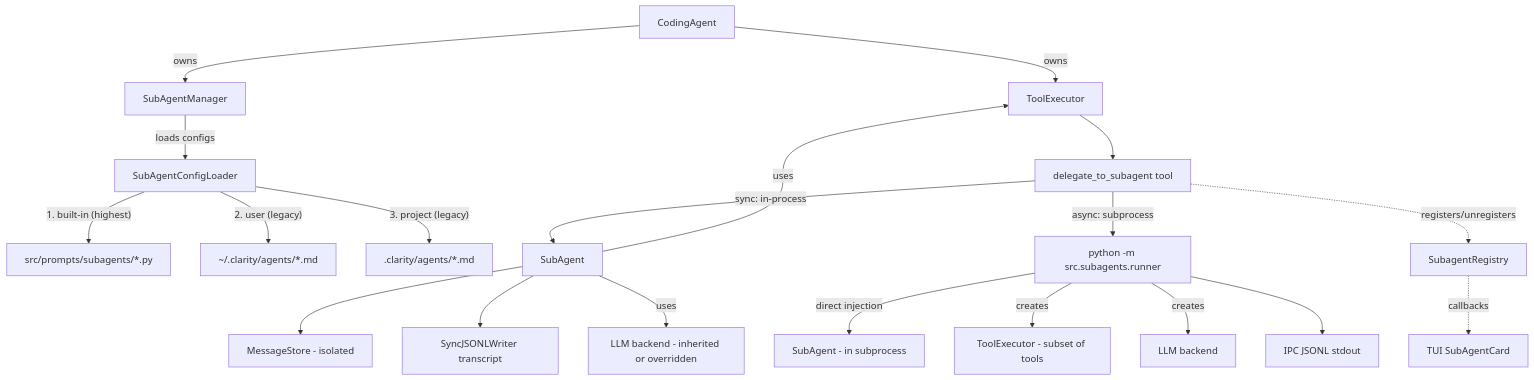
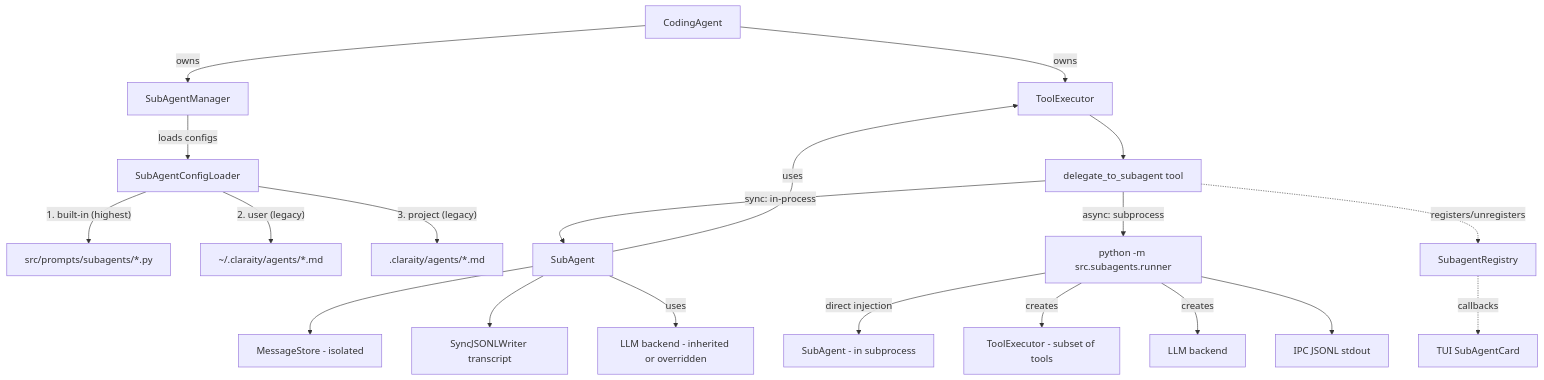
The first of 3 diagrams in docs/architecture/subagent-architecture.md (vijayjayanandan/claraity-code), drawn with Mermaid before and after one commit. The commit also changed other lines of this file and 185 other files, not shown here.

First line of the commit message:
Rename .clarity to .claraity across entire codebase

````diff
--- a/docs/architecture/subagent-architecture.md
+++ b/docs/architecture/subagent-architecture.md
@@ -64,27 +64,27 @@
 ```mermaid
 flowchart TB
   A[CodingAgent] -->|owns| TE[ToolExecutor]
   A -->|owns| SAM[SubAgentManager]
 
   SAM -->|loads configs| CFG[SubAgentConfigLoader]
   CFG -->|"1. built-in (highest)"| BUILTIN[src/prompts/subagents/*.py]
-  CFG -->|"2. user (legacy)"| USER[~/.clarity/agents/*.md]
-  CFG -->|"3. project (legacy)"| PROJ[.clarity/agents/*.md]
+  CFG -->|"2. user (legacy)"| USER[~/.claraity/agents/*.md]
+  CFG -->|"3. project (legacy)"| PROJ[.claraity/agents/*.md]
 
   TE --> DTool[delegate_to_subagent tool]
   DTool -->|sync: in-process| SA[SubAgent]
   DTool -->|async: subprocess| Runner[python -m src.subagents.runner]
 
   SA --> MS[MessageStore - isolated]
   SA --> TW[SyncJSONLWriter transcript]
   SA -->|uses| LLM[LLM backend - inherited or overridden]
   SA -->|uses| TE
 
   Runner -->|direct injection| SA2[SubAgent - in subprocess]
   Runner -->|creates| TE2[ToolExecutor - subset of tools]
   Runner -->|creates| LLM2[LLM backend]
   Runner --> IPC[IPC JSONL stdout]
 
   DTool -.->|registers/unregisters| REG[SubagentRegistry]
   REG -.->|callbacks| TUI[TUI SubAgentCard]
 ```
````
